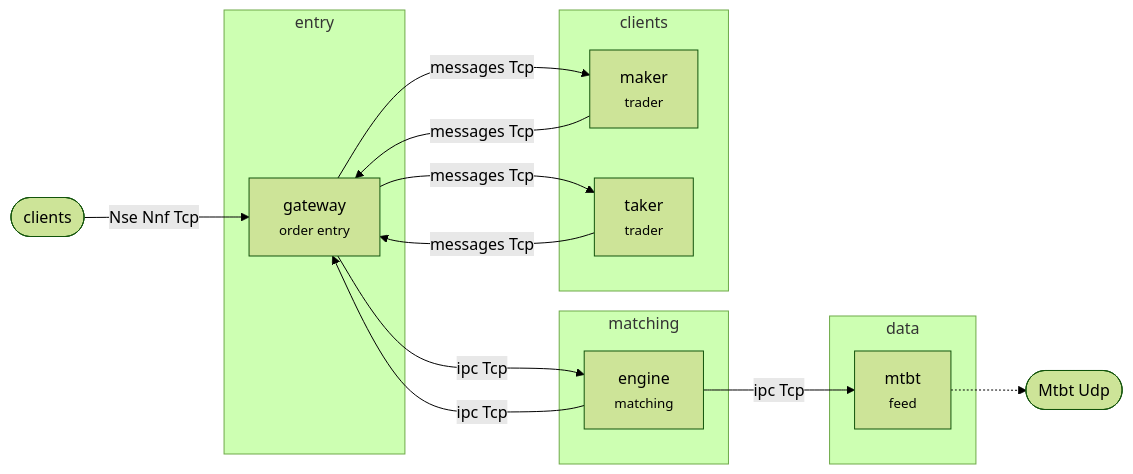
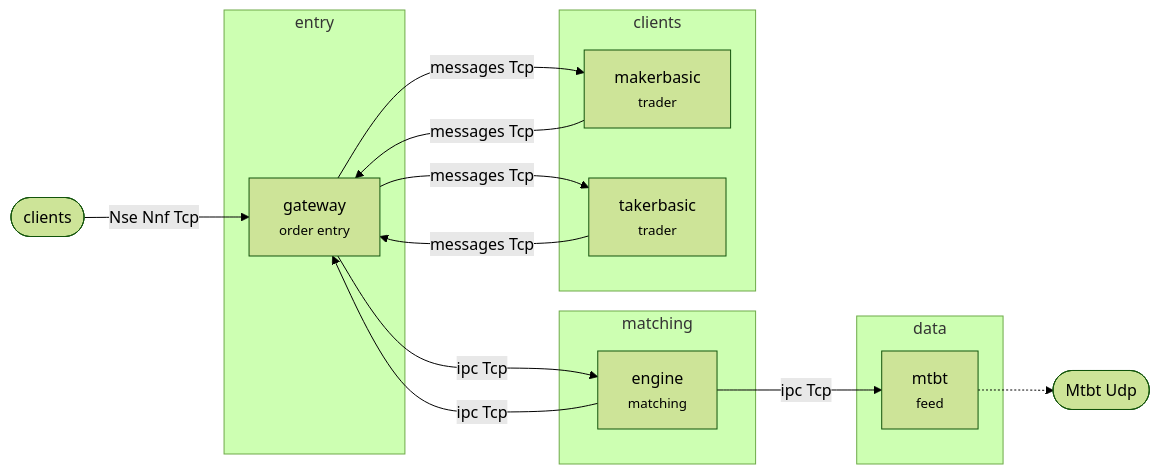
One commit to Open-Markets-Initiative/omi-cpp-exchanges changed the diagram in nse/fo/cluster/ReadMe.md. Above: the diagram before and after it, drawn with Mermaid (forest theme). The commit also changed other lines of this file and 2870 other files, not shown here.

````diff
--- a/nse/fo/cluster/ReadMe.md
+++ b/nse/fo/cluster/ReadMe.md
@@ -28,27 +28,27 @@
 ```mermaid
 flowchart LR
     clients([clients])
     subgraph tier_entry[entry]
     gateway["gateway<br/><small>order entry</small>"]
     end
     subgraph tier_matching[matching]
     engine["engine<br/><small>matching</small>"]
     end
     subgraph tier_data[data]
     mtbt["mtbt<br/><small>feed</small>"]
     end
     subgraph tier_clients[clients]
-    maker["maker<br/><small>trader</small>"]
-    taker["taker<br/><small>trader</small>"]
+    makerbasic["makerbasic<br/><small>trader</small>"]
+    takerbasic["takerbasic<br/><small>trader</small>"]
     end
     mtbt_out([Mtbt Udp])
     clients -->|Nse Nnf Tcp| gateway
     gateway -->|ipc Tcp| engine
     engine -->|ipc Tcp| gateway
     engine -->|ipc Tcp| mtbt
-    gateway -->|messages Tcp| maker
-    maker -->|messages Tcp| gateway
-    gateway -->|messages Tcp| taker
-    taker -->|messages Tcp| gateway
+    gateway -->|messages Tcp| makerbasic
+    makerbasic -->|messages Tcp| gateway
+    gateway -->|messages Tcp| takerbasic
+    takerbasic -->|messages Tcp| gateway
     mtbt -.-> mtbt_out
 ```
````
